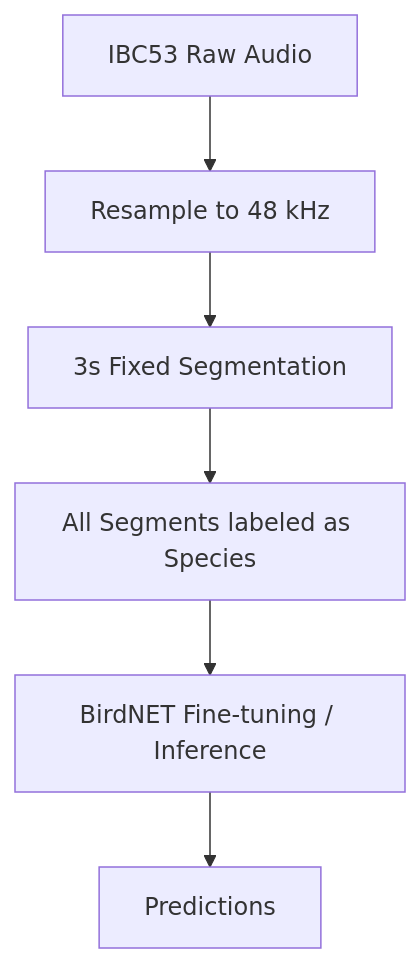
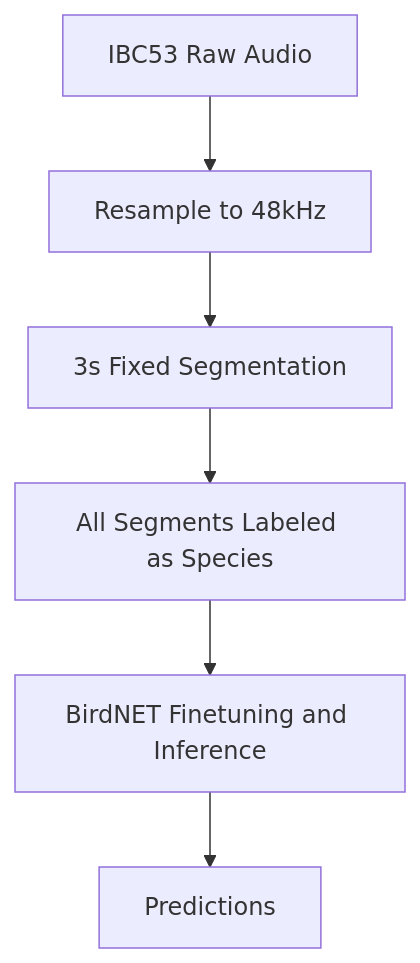
One commit to samarthkolur/Noise-Aware-Pipeline-for-Indian-Bird-Sound-Classification changed the first of 2 diagrams in Readme.md. Above: the diagram before and after it, drawn with Mermaid. The commit also changed other lines of this file, not shown here.

Commit message:
Fix mermaid diagrams: quote node labels containing special characters

````diff
--- a/Readme.md
+++ b/Readme.md
@@ -62,8 +62,8 @@
 ```mermaid
 flowchart TD
-    A[IBC53 Raw Audio] --> B[Resample to 48 kHz]
-    B --> C[3s Fixed Segmentation]
-    C --> D[All Segments labeled as Species]
-    D --> E[BirdNET Fine-tuning / Inference]
-    E --> F[Predictions]
+    A["IBC53 Raw Audio"] --> B["Resample to 48kHz"]
+    B --> C["3s Fixed Segmentation"]
+    C --> D["All Segments Labeled as Species"]
+    D --> E["BirdNET Finetuning and Inference"]
+    E --> F["Predictions"]
 ```
````
